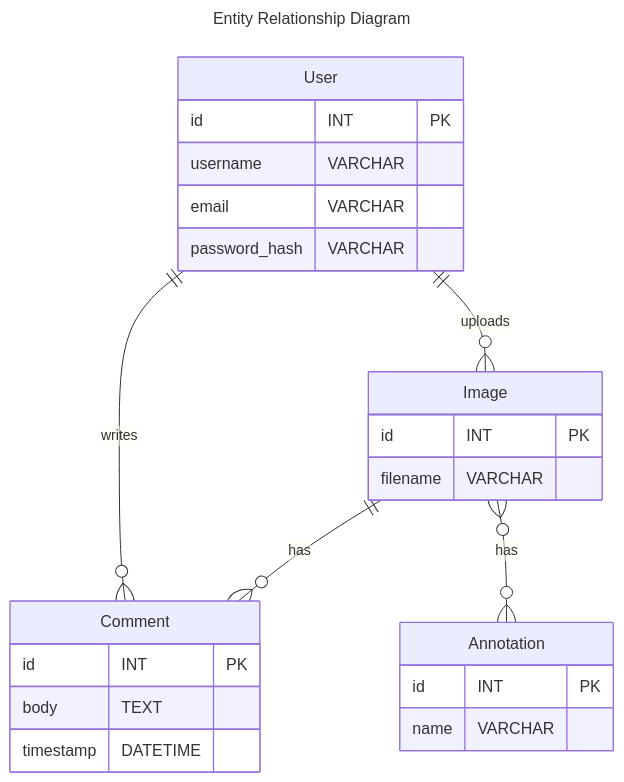
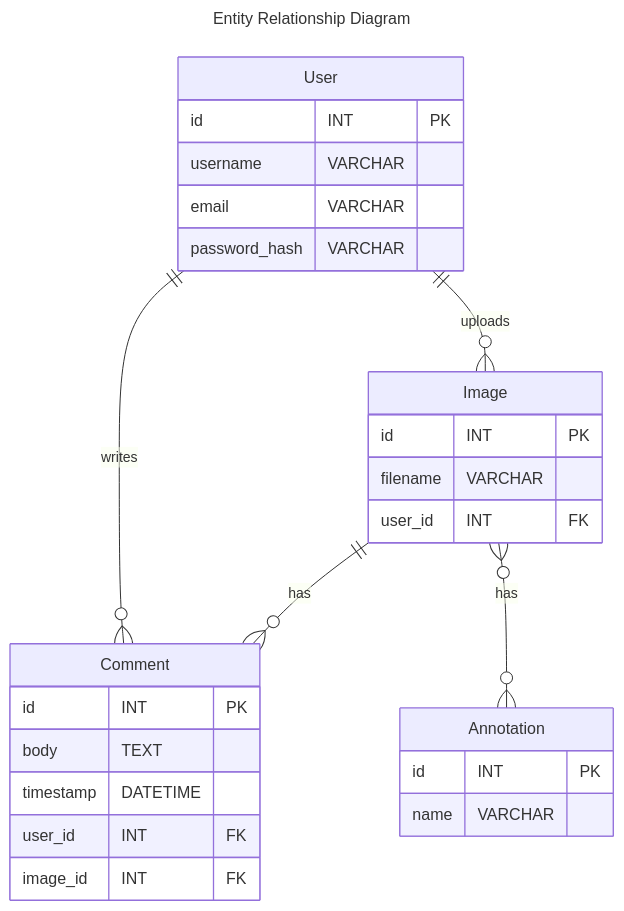
Before and after one commit to kziovas/practise-image-annotation-service-poc: the diagram in README.md, drawn with Mermaid.

Commit message:
feat: Update ER diagram

````diff
--- a/README.md
+++ b/README.md
@@ -4,34 +4,37 @@
 ```mermaid
 ---
 title: Entity Relationship Diagram
 ---
 
 erDiagram
     User {
         id INT PK
         username VARCHAR
         email VARCHAR
         password_hash VARCHAR
     }
 
     Image {
         id INT PK
         filename VARCHAR
+        user_id INT FK
     }
-
+    
     Comment {
         id INT PK
         body TEXT
         timestamp DATETIME
+        user_id INT FK
+        image_id INT FK
     }
 
     Annotation {
         id INT PK
         name VARCHAR
     }
 
     User ||--o{ Comment : "writes"
     User ||--o{ Image : "uploads"
     Image ||--o{ Comment : "has"
     Image }o--o{ Annotation : "has"
 ```
````
